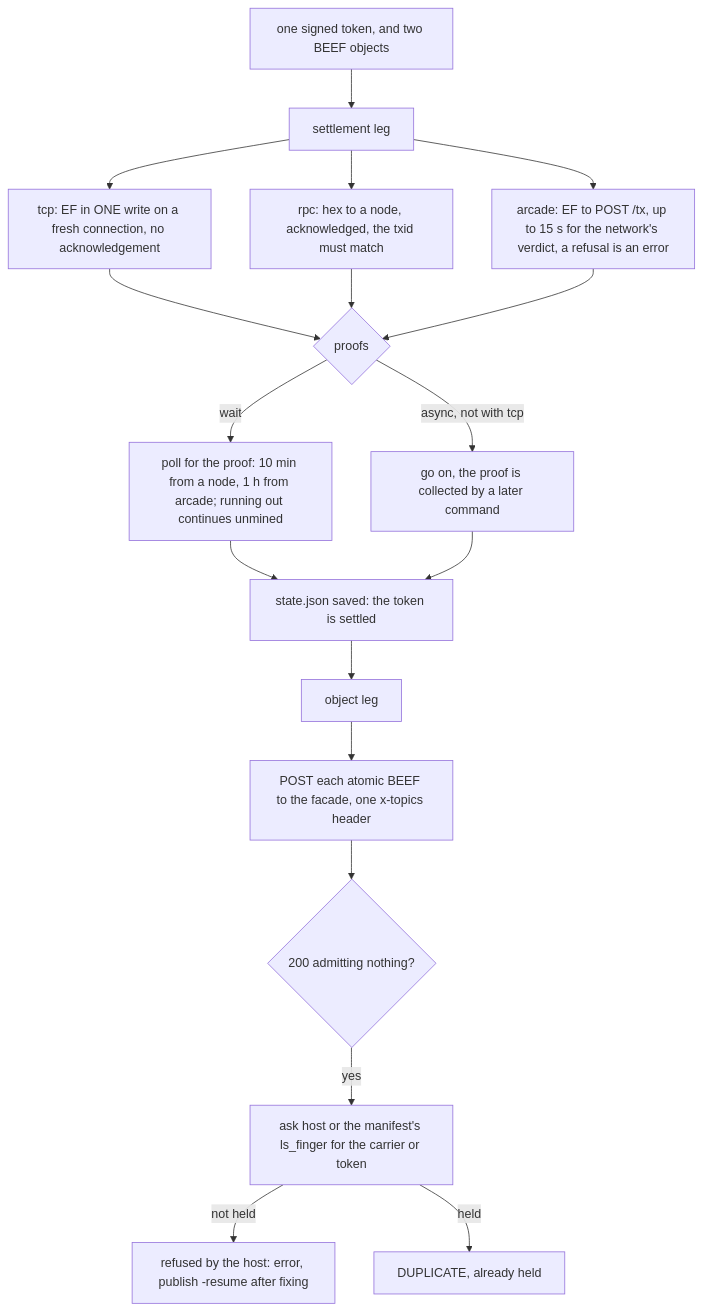
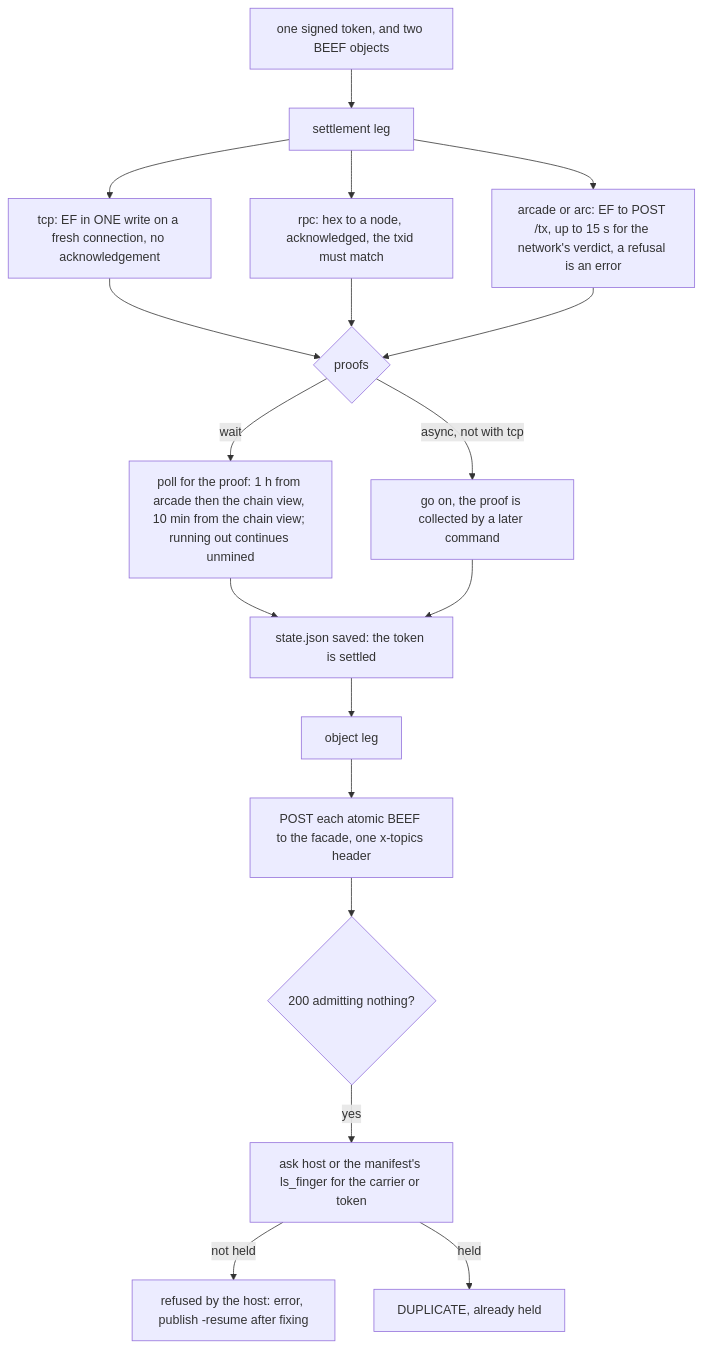
One commit to lightwebinc/bfinger changed diagram 12 of 19 in docs/flows.md. Above: the diagram before and after it, drawn with Mermaid. The commit also changed other lines of this file and 10 other files, not shown here.

````diff
--- a/docs/flows.md
+++ b/docs/flows.md
@@ -356,20 +357,20 @@
 ```mermaid
 flowchart TD
   TX["one signed token, and two BEEF objects"] --> L1["settlement leg"]
   L1 --> EF["tcp: EF in ONE write on a fresh connection, no acknowledgement"]
   L1 --> RPC["rpc: hex to a node, acknowledged, the txid must match"]
-  L1 --> ARC["arcade: EF to POST /tx, up to 15 s for the network's verdict, a refusal is an error"]
+  L1 --> ARC["arcade or arc: EF to POST /tx, up to 15 s for the network's verdict, a refusal is an error"]
   EF --> MINE{"proofs"}
   RPC --> MINE
   ARC --> MINE
-  MINE -->|"wait"| POLL["poll for the proof: 10 min from a node, 1 h from arcade; running out continues unmined"]
+  MINE -->|"wait"| POLL["poll for the proof: 1 h from arcade then the chain view, 10 min from the chain view; running out continues unmined"]
   MINE -->|"async, not with tcp"| GO["go on, the proof is collected by a later command"]
   POLL --> STATE["state.json saved: the token is settled"]
   GO --> STATE
   STATE --> L2["object leg"]
   L2 --> POST["POST each atomic BEEF to the facade, one x-topics header"]
   POST --> STEAK{"200 admitting nothing?"}
   STEAK -->|"yes"| CHECK["ask host or the manifest's ls_finger for the carrier or token"]
   CHECK -->|"not held"| REF["refused by the host: error, publish -resume after fixing"]
   CHECK -->|"held"| DONE["DUPLICATE, already held"]
 ```
````
